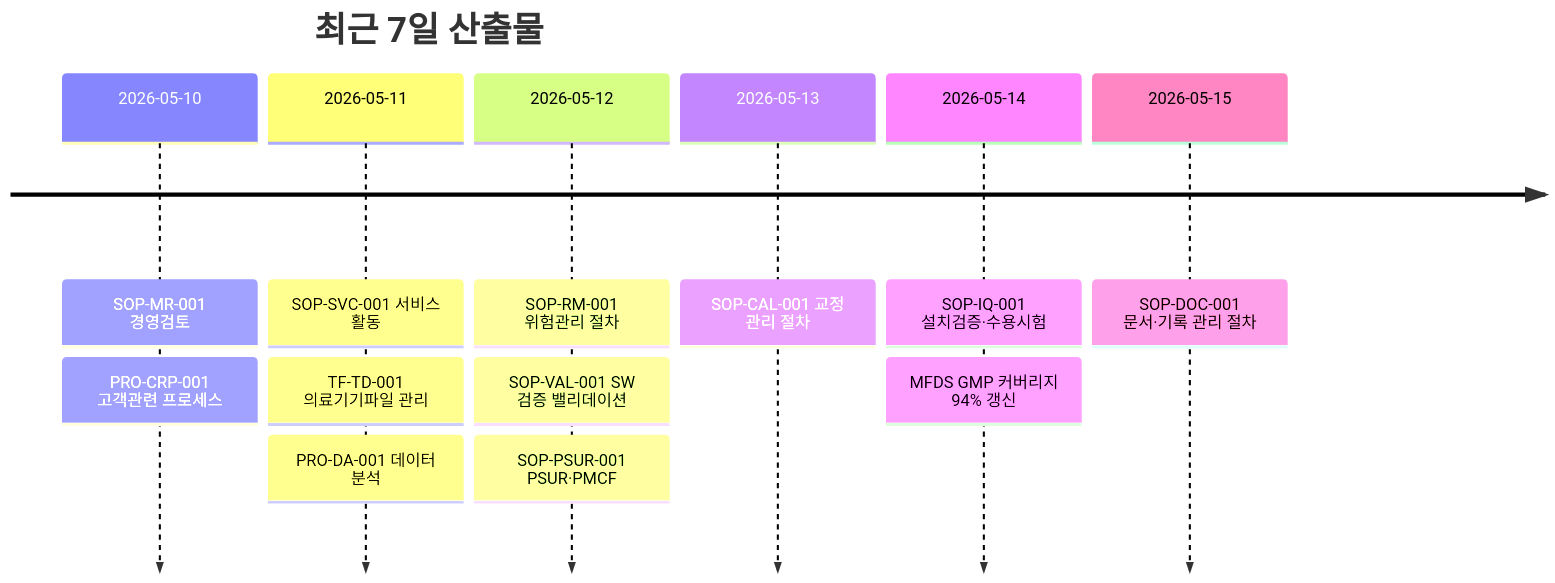
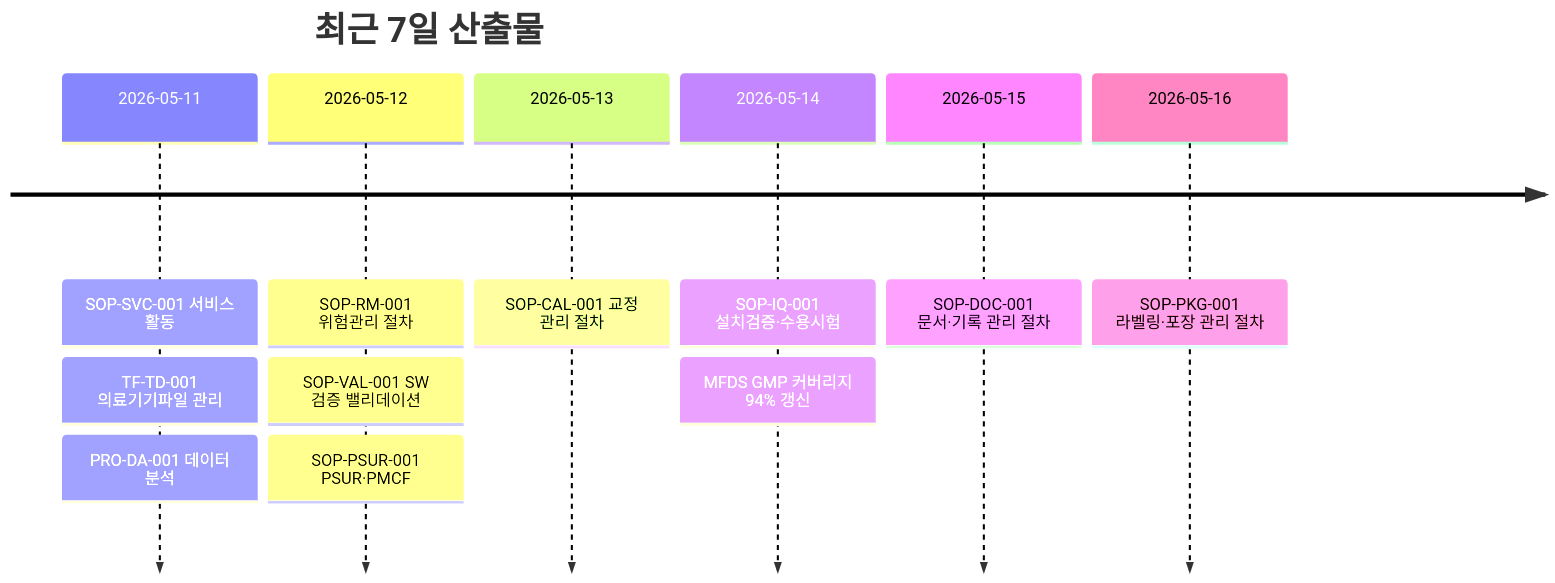
One commit to holee9/MD-process changed the third of 4 diagrams in README.md. Above: the diagram before and after it, drawn with Mermaid. The commit also changed other lines of this file, not shown here.

````diff
--- a/README.md
+++ b/README.md
@@ -143,16 +143,15 @@
 ```mermaid
 timeline
     title 최근 7일 산출물
-    2026-05-10 : SOP-MR-001 경영검토
-               : PRO-CRP-001 고객관련 프로세스
     2026-05-11 : SOP-SVC-001 서비스 활동
                : TF-TD-001 의료기기파일 관리
                : PRO-DA-001 데이터 분석
     2026-05-12 : SOP-RM-001 위험관리 절차
                : SOP-VAL-001 SW 검증 밸리데이션
                : SOP-PSUR-001 PSUR·PMCF
     2026-05-13 : SOP-CAL-001 교정 관리 절차
     2026-05-14 : SOP-IQ-001 설치검증·수용시험
                : MFDS GMP 커버리지 94% 갱신
     2026-05-15 : SOP-DOC-001 문서·기록 관리 절차
+    2026-05-16 : SOP-PKG-001 라벨링·포장 관리 절차
 ```
````
